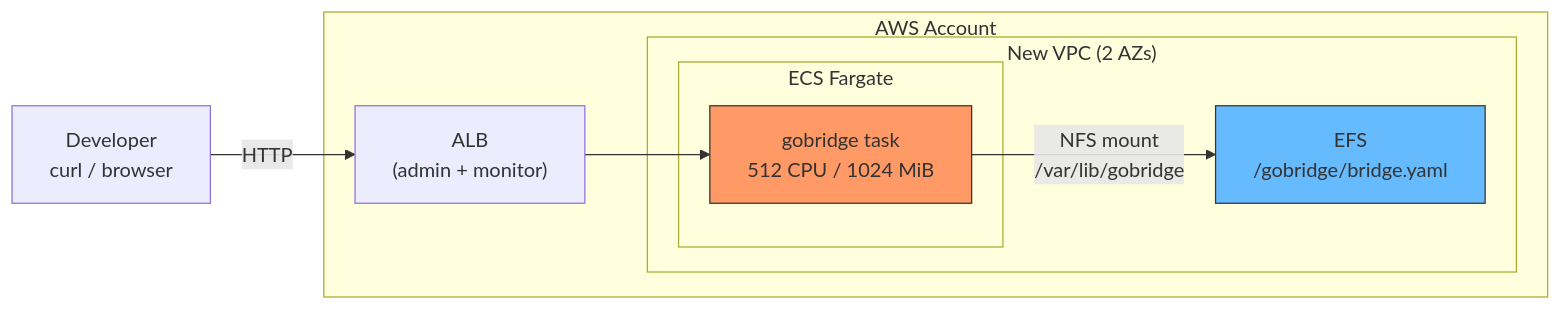
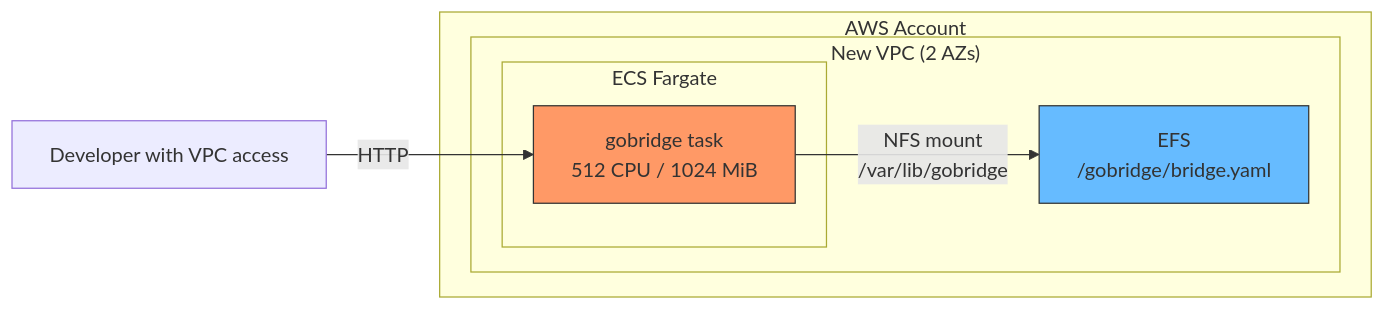
The diagram in docs/scenarios/cdk/01-quickstart-default-vpc.md (mariotoffia/gobridge), drawn with Mermaid before and after one commit. The commit also changed other lines of this file and 48 other files, not shown here.

````diff
--- a/docs/scenarios/cdk/01-quickstart-default-vpc.md
+++ b/docs/scenarios/cdk/01-quickstart-default-vpc.md
@@ -15,20 +19,17 @@
 ```mermaid
 flowchart LR
     subgraph AWS Account
-        ALB["ALB\n(admin + monitor)"]
-
         subgraph VPC ["New VPC (2 AZs)"]
             subgraph Fargate ["ECS Fargate"]
                 Task["gobridge task\n512 CPU / 1024 MiB"]
             end
             EFS["EFS\n/gobridge/bridge.yaml"]
         end
     end
 
-    Client["Developer\ncurl / browser"] -->|HTTP| ALB
-    ALB --> Task
+    Client["Developer with VPC access"] -->|HTTP| Task
     Task -->|NFS mount\n/var/lib/gobridge| EFS
 
     style Task fill:#f96,stroke:#333
     style EFS fill:#6bf,stroke:#333
 ```
````
